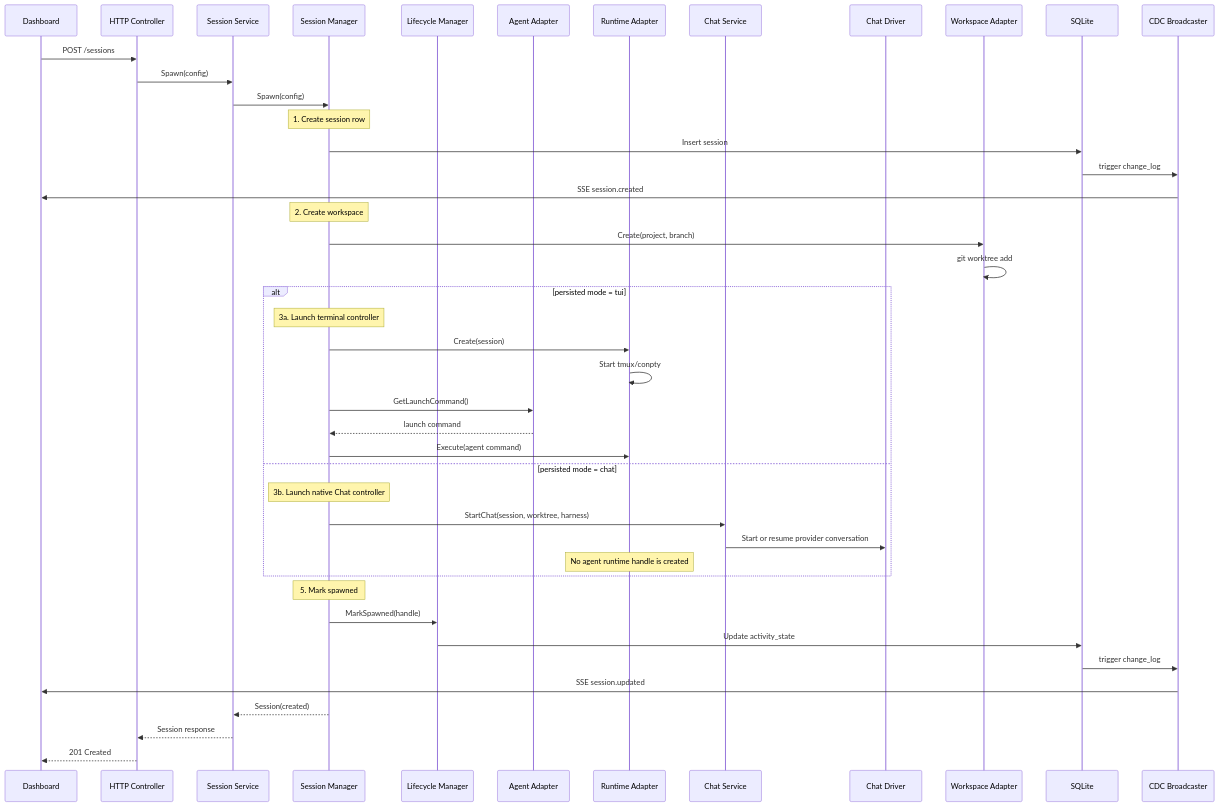
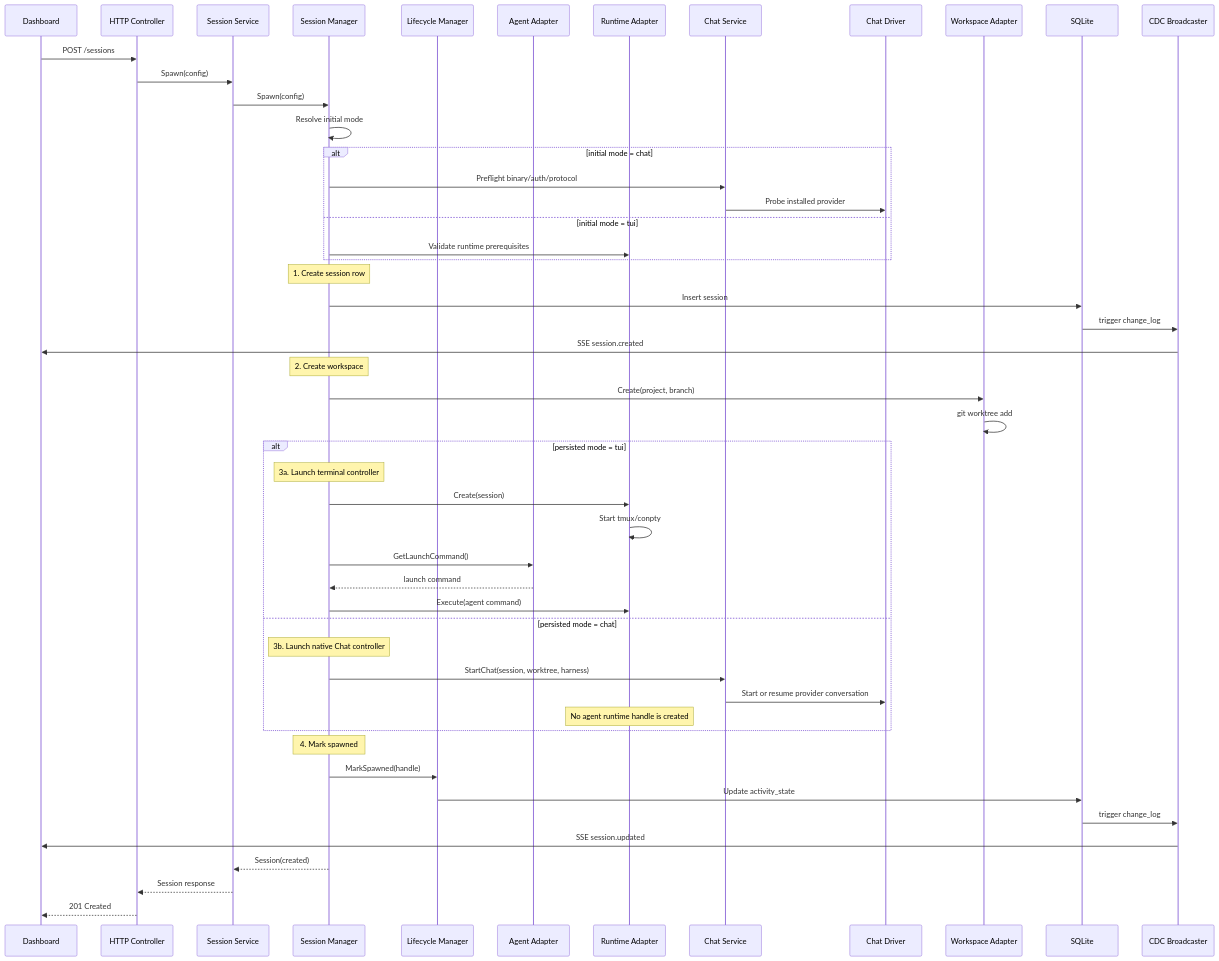
One commit to AgentWrapper/agent-orchestrator changed the sixth of 24 diagrams in docs/architecture.md. Above: the diagram before and after it, drawn with Mermaid. The commit also changed other lines of this file and 35 other files, not shown here.

````diff
--- a/docs/architecture.md
+++ b/docs/architecture.md
@@ -225,52 +225,60 @@
 ```mermaid
 sequenceDiagram
     participant UI as Dashboard
     participant HTTP as HTTP Controller
     participant Svc as Session Service
     participant Mgr as Session Manager
     participant LCM as Lifecycle Manager
     participant Agent as Agent Adapter
     participant Runtime as Runtime Adapter
     participant ChatSvc as Chat Service
     participant ChatDriver as Chat Driver
     participant WS as Workspace Adapter
     participant DB as SQLite
     participant CDC as CDC Broadcaster
 
     UI->>HTTP: POST /sessions
     HTTP->>Svc: Spawn(config)
     Svc->>Mgr: Spawn(config)
+
+    Mgr->>Mgr: Resolve initial mode
+    alt initial mode = chat
+        Mgr->>ChatSvc: Preflight binary/auth/protocol
+        ChatSvc->>ChatDriver: Probe installed provider
+    else initial mode = tui
+        Mgr->>Runtime: Validate runtime prerequisites
+    end
 
     Note over Mgr: 1. Create session row
     Mgr->>DB: Insert session
     DB->>CDC: trigger change_log
     CDC->>UI: SSE session.created
 
     Note over Mgr: 2. Create workspace
     Mgr->>WS: Create(project, branch)
     WS->>WS: git worktree add
 
     alt persisted mode = tui
         Note over Mgr: 3a. Launch terminal controller
         Mgr->>Runtime: Create(session)
         Runtime->>Runtime: Start tmux/conpty
         Mgr->>Agent: GetLaunchCommand()
         Agent-->>Mgr: launch command
         Mgr->>Runtime: Execute(agent command)
     else persisted mode = chat
         Note over Mgr: 3b. Launch native Chat controller
         Mgr->>ChatSvc: StartChat(session, worktree, harness)
         ChatSvc->>ChatDriver: Start or resume provider conversation
         Note over Runtime: No agent runtime handle is created
     end
 
-    Note over Mgr: 5. Mark spawned
+    Note over Mgr: 4. Mark spawned
     Mgr->>LCM: MarkSpawned(handle)
     LCM->>DB: Update activity_state
     DB->>CDC: trigger change_log
     CDC->>UI: SSE session.updated
 
     Mgr-->>Svc: Session(created)
     Svc-->>HTTP: Session response
     HTTP-->>UI: 201 Created
 ```
````
